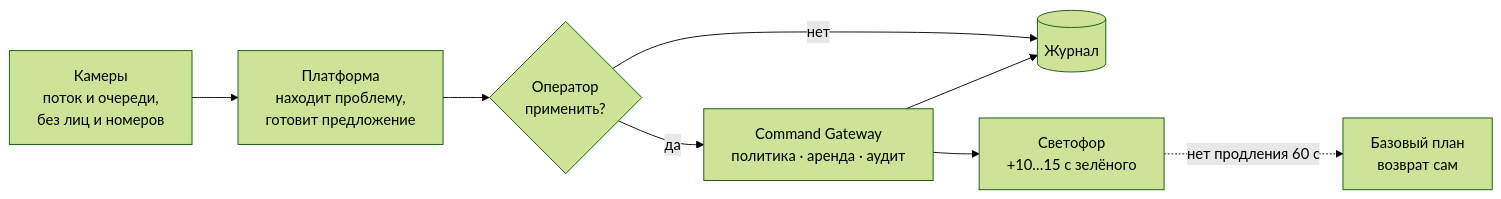
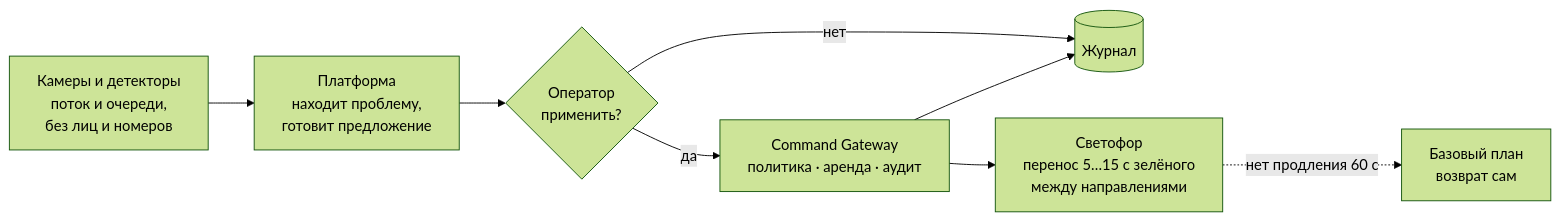
One commit to phant0mcyber01-hud/URBAN-system_demo changed the diagram in README.md. Above: the diagram before and after it, drawn with Mermaid (forest theme). The commit also changed other lines of this file and 23 other files, not shown here.

````diff
--- a/README.md
+++ b/README.md
@@ -32,10 +32,10 @@
 ```mermaid
 flowchart LR
-    cam["Камеры<br/>поток и очереди,<br/>без лиц и номеров"] --> ai["Платформа<br/>находит проблему,<br/>готовит предложение"]
+    cam["Камеры и детекторы<br/>поток и очереди,<br/>без лиц и номеров"] --> ai["Платформа<br/>находит проблему,<br/>готовит предложение"]
     ai --> op{"Оператор<br/>применить?"}
     op -- да --> gw["Command Gateway<br/>политика · аренда · аудит"]
     op -- нет --> log[("Журнал")]
-    gw --> tl["Светофор<br/>+10…15 с зелёного"]
+    gw --> tl["Светофор<br/>перенос 5…15 с зелёного<br/>между направлениями"]
     tl -. "нет продления 60 с" .-> base["Базовый план<br/>возврат сам"]
     gw --> log
 ```
````
